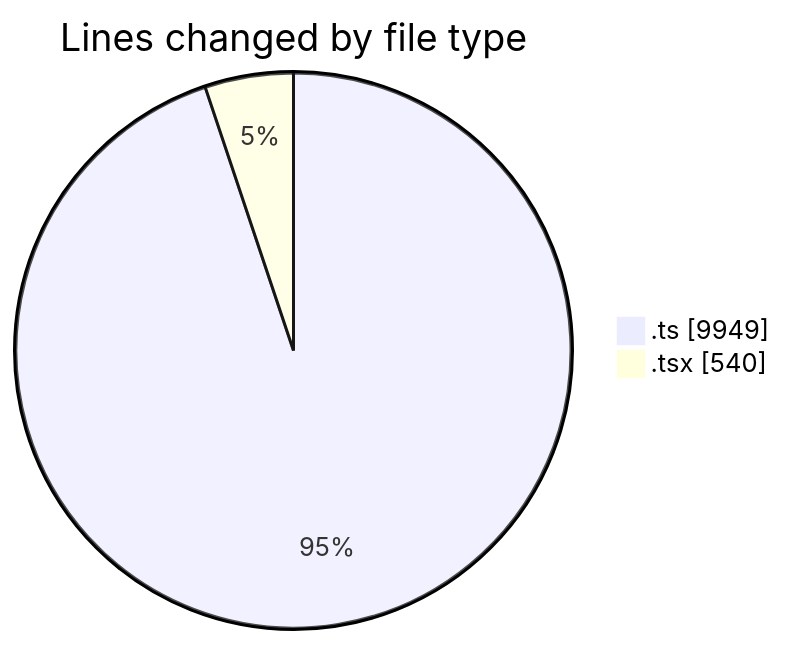
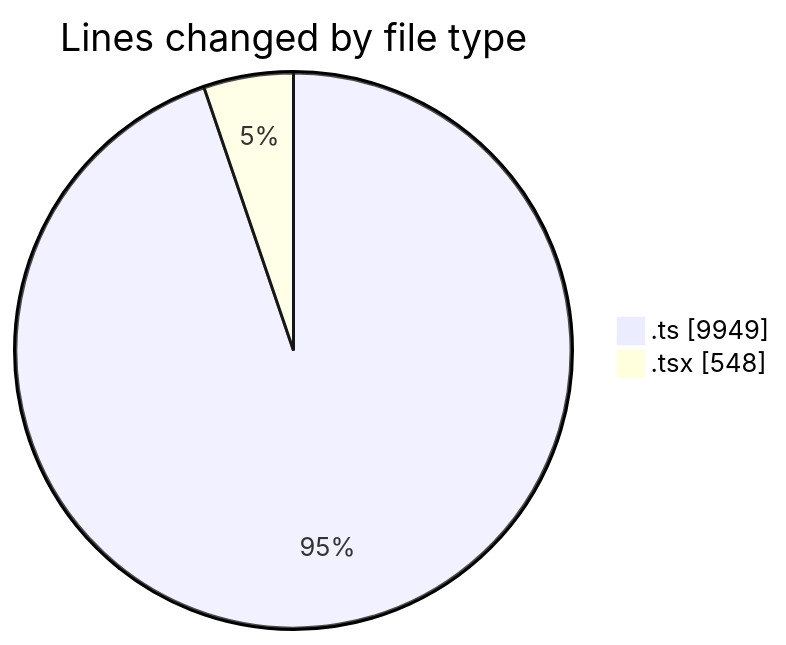
The first of 2 diagrams in 2025-06-11/cda/README.md (momahboobian/code-tracking), drawn with Mermaid before and after one commit. The commit also changed other lines of this file and 1 other file, not shown here.

````diff
--- a/2025-06-11/cda/README.md
+++ b/2025-06-11/cda/README.md
@@ -25,6 +25,6 @@
 ```mermaid
 pie showData
 title Lines changed by file type
 ".ts" : 9949
-".tsx" : 540
+".tsx" : 548
 ```
````
